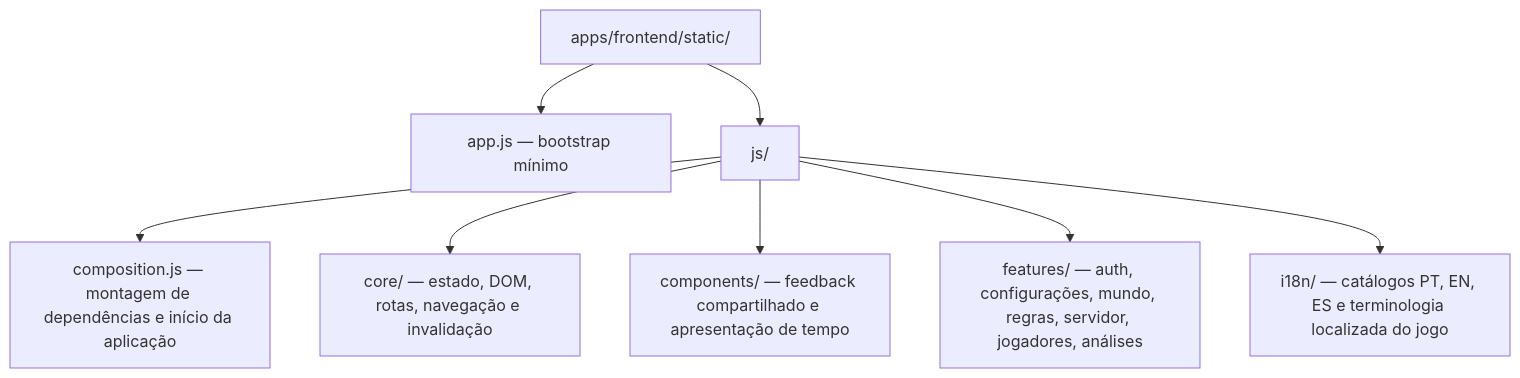
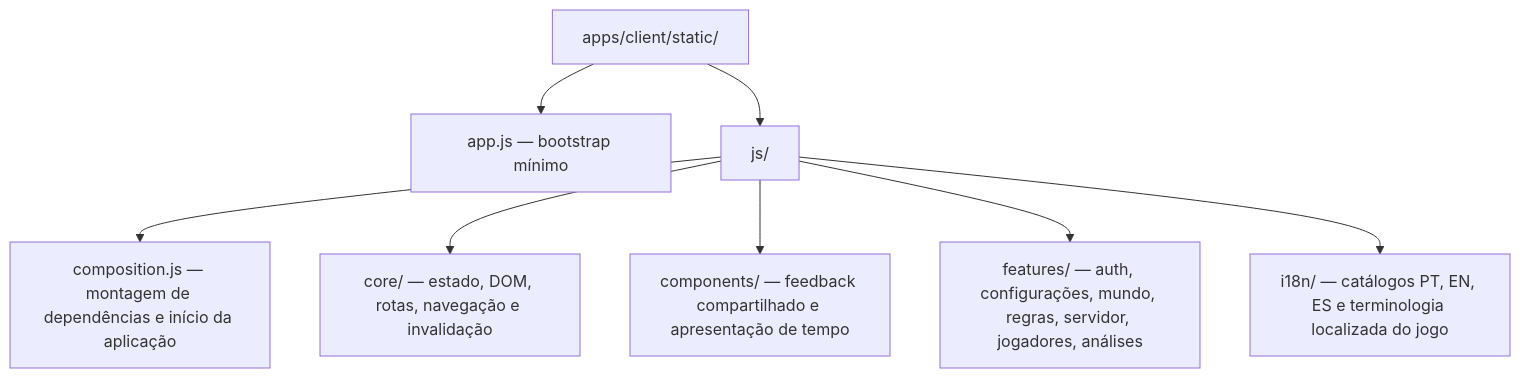
Before and after one commit to dgaramos/craftcontrol: the third of 5 diagrams in README.pt-BR.md, drawn with Mermaid. The commit also changed other lines of this file and 214 other files, not shown here.

````diff
--- a/README.pt-BR.md
+++ b/README.pt-BR.md
@@ -117,10 +117,10 @@
 ```mermaid
 flowchart TD
-    static["apps/frontend/static/"] --> app["app.js — bootstrap mínimo"]
+    static["apps/client/static/"] --> app["app.js — bootstrap mínimo"]
     static --> js["js/"]
     js --> composition["composition.js — montagem de dependências e início da aplicação"]
     js --> core["core/ — estado, DOM, rotas, navegação e invalidação"]
     js --> components["components/ — feedback compartilhado e apresentação de tempo"]
     js --> features["features/ — auth, configurações, mundo, regras, servidor, jogadores, análises"]
     js --> i18n["i18n/ — catálogos PT, EN, ES e terminologia localizada do jogo"]
 ```
````
